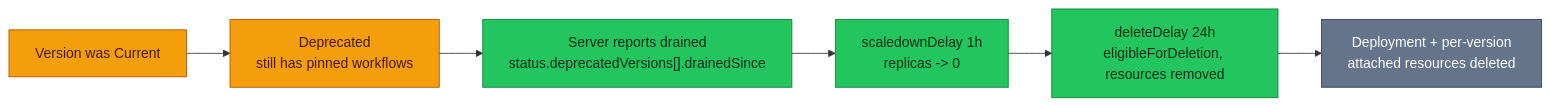
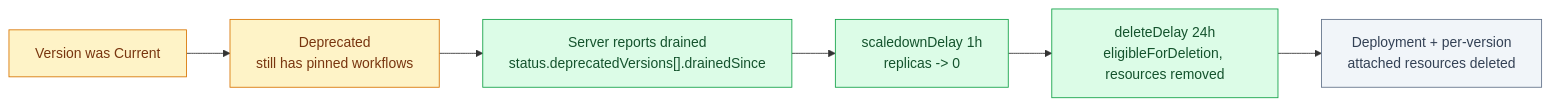
Before and after one commit to duynhlab/homelab: the second of 3 diagrams in docs/proposals/rfc/RFC-0026/research.md, drawn with Mermaid. The commit also changed other lines of this file and 174 other files, not shown here.

First line of the commit message:
Soft-tint diagram palette, a signal-flow diagram, a Linux-ready Draw.io skill

````diff
--- a/docs/proposals/rfc/RFC-0026/research.md
+++ b/docs/proposals/rfc/RFC-0026/research.md
@@ -206,15 +206,15 @@
 ```mermaid
 flowchart LR
   cur["Version was Current"] --> dep["Deprecated<br/>still has pinned workflows"]
   dep --> drain["Server reports drained<br/>status.deprecatedVersions[].drainedSince"]
   drain --> sd["scaledownDelay 1h<br/>replicas -> 0"]
   sd --> del["deleteDelay 24h<br/>eligibleForDeletion, resources removed"]
   del --> gone["Deployment + per-version<br/>attached resources deleted"]
 
-  classDef worker fill:#f59e0b,color:#451a03,stroke:#b45309;
-  classDef data fill:#22c55e,color:#052e16,stroke:#15803d;
-  classDef external fill:#64748b,color:#fff,stroke:#334155;
+  classDef worker fill:#fef3c7,color:#78350f,stroke:#d97706;
+  classDef data fill:#dcfce7,color:#14532d,stroke:#16a34a;
+  classDef external fill:#f1f5f9,color:#334155,stroke:#64748b;
   class cur,dep worker
   class drain,sd,del data
   class gone external
 ```
````
